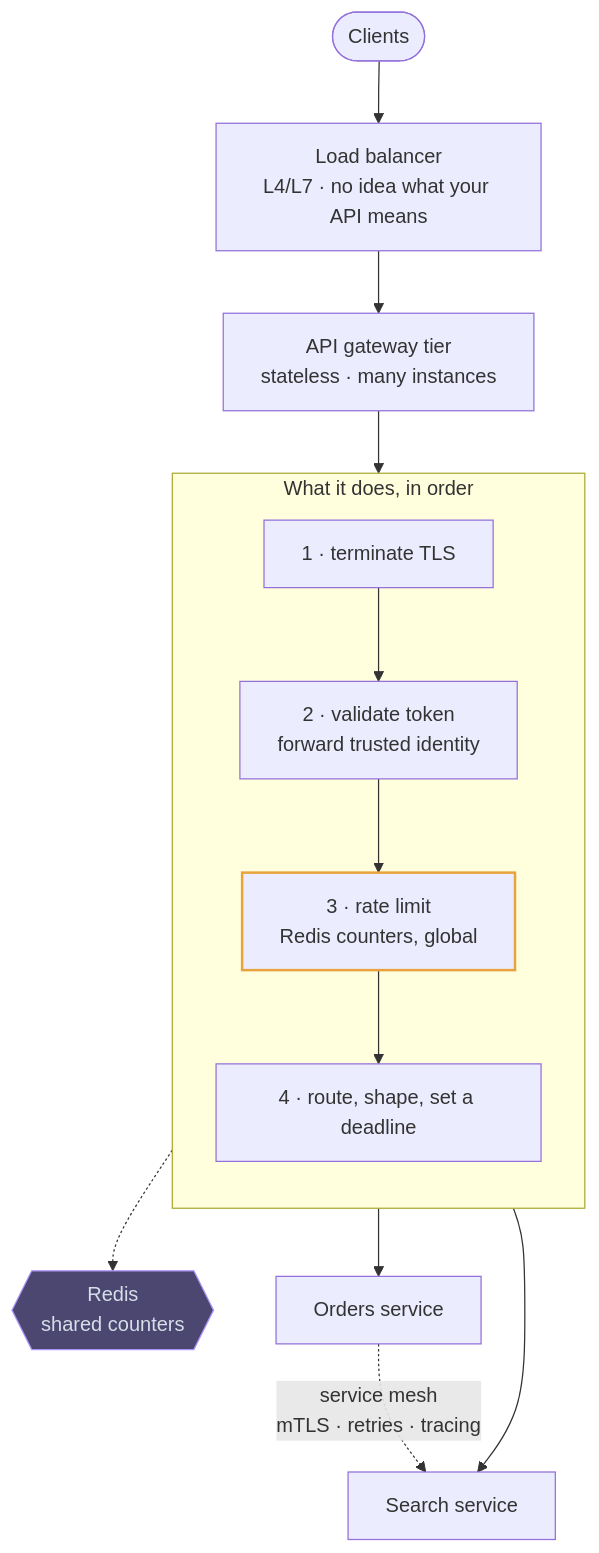
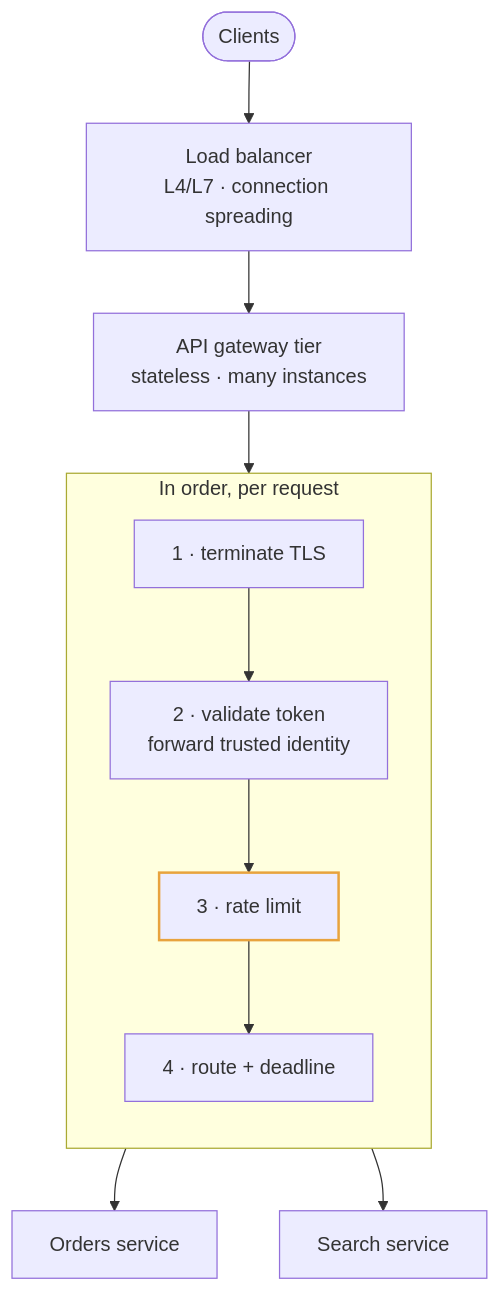
The first of 4 diagrams in content/tech/12-api-gateway.md (mertkahyaoglu/atlas), drawn with Mermaid before and after one commit. The commit also changed other lines of this file and 18 other files, not shown here.

First line of the commit message:
Rebuild the technology pages as use cases with diagrams

````diff
--- a/content/tech/12-api-gateway.md
+++ b/content/tech/12-api-gateway.md
@@ -80,25 +44,21 @@
 ```mermaid
 flowchart TB
-    Client([Clients]) --> LB["Load balancer<br/>L4/L7 · no idea what your API means"]
+    Client([Clients]) --> LB["Load balancer<br/>L4/L7 · connection spreading"]
     LB --> GW["API gateway tier<br/>stateless · many instances"]
 
-    subgraph EDGE ["What it does, in order"]
+    subgraph EDGE ["In order, per request"]
         direction TB
         TLS["1 · terminate TLS"]
         Auth["2 · validate token<br/>forward trusted identity"]
-        Limit["3 · rate limit<br/>Redis counters, global"]
-        Route["4 · route, shape, set a deadline"]
+        Limit["3 · rate limit"]
+        Route["4 · route + deadline"]
         TLS --> Auth --> Limit --> Route
     end
 
     GW --> TLS
-    Limit -.-> Redis{{"Redis<br/>shared counters"}}
     Route --> S1["Orders service"]
     Route --> S2["Search service"]
-    S1 -. "service mesh<br/>mTLS · retries · tracing" .-> S2
 
-    classDef queue fill:#4b4771,stroke:#ad94f7,color:#d7dee8
     classDef hot stroke:#e8a33d,stroke-width:2px
-    class Redis queue
     class Limit hot
 ```
````
